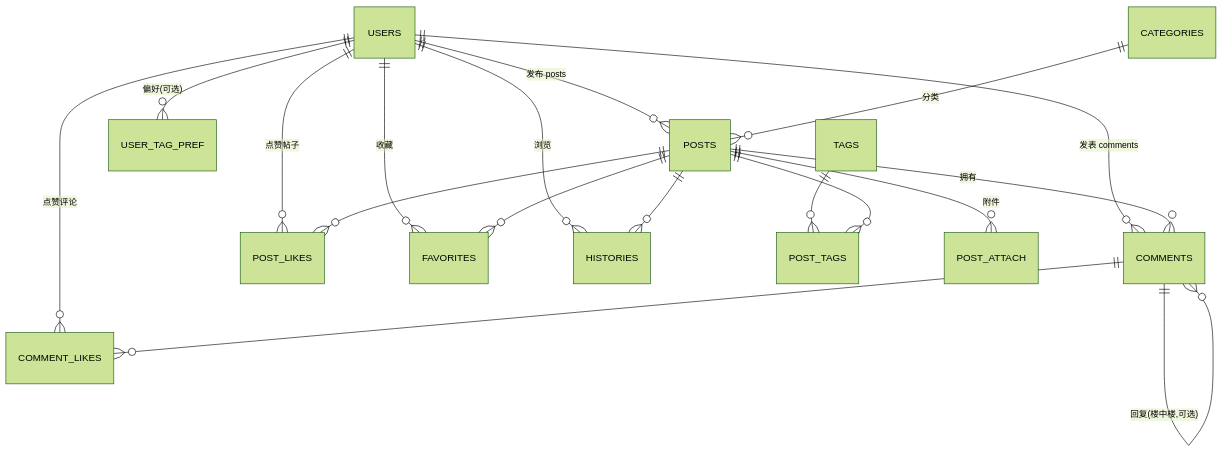
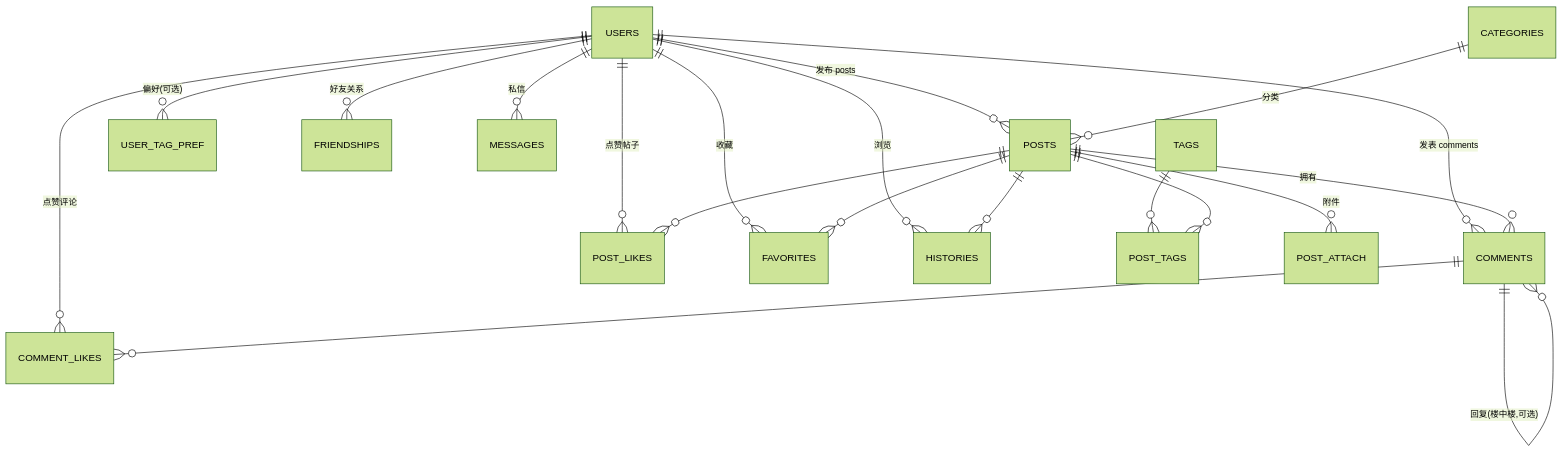
The diagram in devdocs/database-schema.md (YangKunYi24320314/postingweb), drawn with Mermaid (forest theme) before and after one commit. The commit also changed other lines of this file and 6 other files, not shown here.

````diff
--- a/devdocs/database-schema.md
+++ b/devdocs/database-schema.md
@@ -8,22 +8,24 @@
 ```mermaid
 erDiagram
     USERS ||--o{ POSTS : "发布 posts"
     USERS ||--o{ COMMENTS : "发表 comments"
     USERS ||--o{ POST_LIKES : "点赞帖子"
     USERS ||--o{ COMMENT_LIKES : "点赞评论"
     USERS ||--o{ FAVORITES : "收藏"
     USERS ||--o{ HISTORIES : "浏览"
     USERS ||--o{ USER_TAG_PREF : "偏好(可选)"
+    USERS ||--o{ FRIENDSHIPS : "好友关系"
+    USERS ||--o{ MESSAGES : "私信"
 
     CATEGORIES ||--o{ POSTS : "分类"
     TAGS ||--o{ POST_TAGS : ""
     POSTS ||--o{ POST_TAGS : ""
     POSTS ||--o{ POST_ATTACH : "附件"
     POSTS ||--o{ COMMENTS : "拥有"
     POSTS ||--o{ POST_LIKES : ""
     POSTS ||--o{ FAVORITES : ""
     POSTS ||--o{ HISTORIES : ""
 
     COMMENTS ||--o{ COMMENTS : "回复(楼中楼,可选)"
     COMMENTS ||--o{ COMMENT_LIKES : ""
 ```
````
